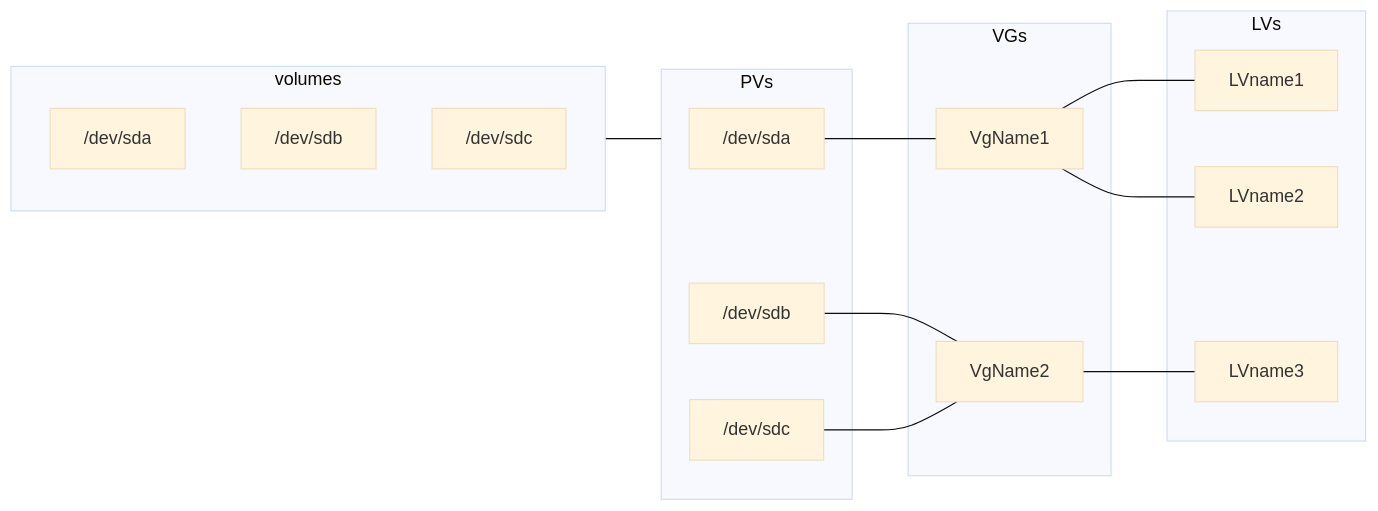
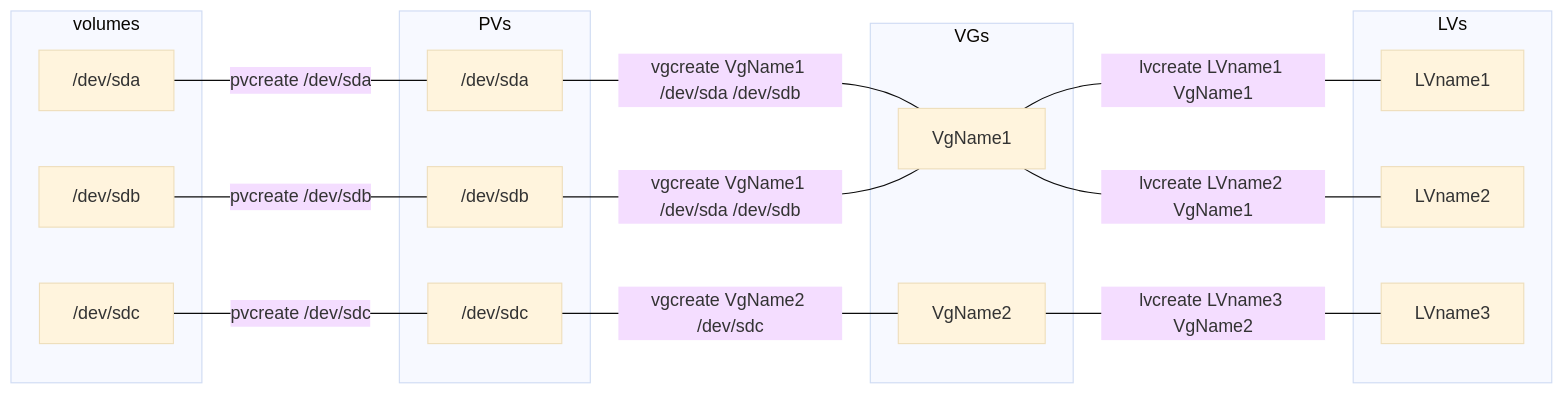
Before and after one commit to Simplon-AlainCaupin/cours_LVM: the diagram in recap_LVM.md, drawn with Mermaid (base theme).

Commit message:
updoot again

````diff
--- a/recap_LVM.md
+++ b/recap_LVM.md
@@ -55,30 +55,33 @@
 ```mermaid
 flowchart LR
 subgraph volumes
     /dev/sda
     /dev/sdb
     /dev/sdc
 end
 subgraph PVs
     PV/dev/sda["/dev/sda"]
     PV/dev/sdb["/dev/sdb"]
     PV/dev/sdc["/dev/sdc"]
 end
-volumes --- PVs
+/dev/sda-- pvcreate /dev/sda---PV/dev/sda
+/dev/sdb-- pvcreate /dev/sdb---PV/dev/sdb
+/dev/sdc-- pvcreate /dev/sdc---PV/dev/sdc
+
 subgraph VGs
     VgName1
     VgName2
 end
-PV/dev/sda --- VgName1
-PV/dev/sdb --- VgName2
-PV/dev/sdc --- VgName2
+PV/dev/sda-- vgcreate VgName1 /dev/sda /dev/sdb ---VgName1
+PV/dev/sdb-- vgcreate VgName1 /dev/sda /dev/sdb ---VgName1
+PV/dev/sdc-- vgcreate VgName2 /dev/sdc ---VgName2
 subgraph LVs
     LVname1
     LVname2
     LVname3
 end
 
-VgName1 --- LVname1
-VgName1 --- LVname2
-VgName2 --- LVname3
+VgName1 --lvcreate LVname1 VgName1 --- LVname1
+VgName1 --lvcreate LVname2 VgName1--- LVname2
+VgName2 --lvcreate LVname3 VgName2--- LVname3
 ```
````
